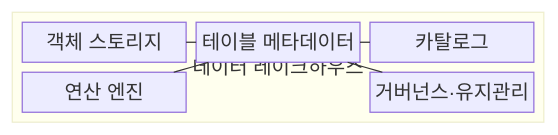
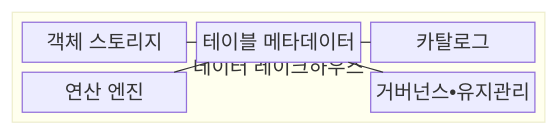
One commit to agnusdei1207/knowledge-base changed the first of 2 diagrams in src/content/docs/notes/03-software/126_data_lakehouse.md. Above: the diagram before and after it, drawn with Mermaid. The commit also changed other lines of this file and 953 other files, not shown here.

````diff
--- a/src/content/docs/notes/03-software/126_data_lakehouse.md
+++ b/src/content/docs/notes/03-software/126_data_lakehouse.md
@@ -69,17 +69,17 @@
 ```mermaid
 block
     columns 1
     block:LH["데이터 레이크하우스"]
         columns 3
         O["객체 스토리지"]
         T["테이블 메타데이터"]
         C["카탈로그"]
         E["연산 엔진"]
         space
-        G["거버넌스·유지관리"]
+        G["거버넌스•유지관리"]
     end
     O --- T
     T --- C
     T --- E
     T --- G
 ```
````
